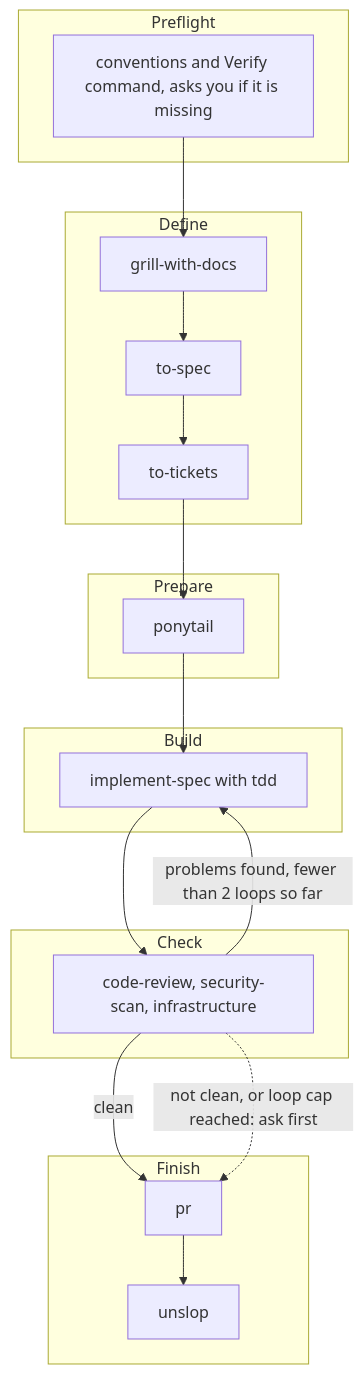
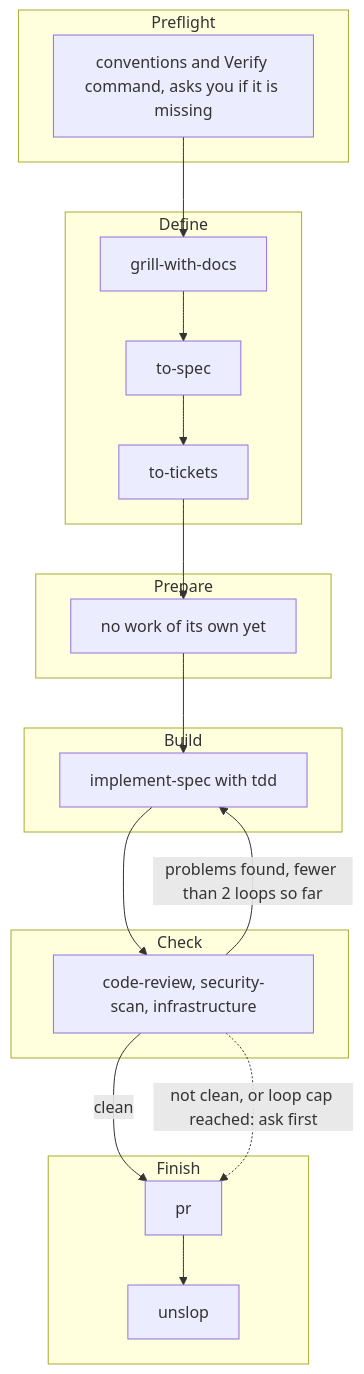
One commit to TDSchreur/tds-factory changed the diagram in README.md. Above: the diagram before and after it, drawn with Mermaid. The commit also changed other lines of this file and 14 other files, not shown here.

````diff
--- a/README.md
+++ b/README.md
@@ -11,27 +11,27 @@
 ```mermaid
 flowchart TB
     subgraph Preflight
         P[conventions and Verify command, asks you if it is missing]
     end
     subgraph Define
         A[grill-with-docs] --> B[to-spec] --> C[to-tickets]
     end
     subgraph Prepare
-        D[ponytail]
+        D[no work of its own yet]
     end
     subgraph Build
         E[implement-spec with tdd]
     end
     subgraph Check
         F[code-review, security-scan, infrastructure]
     end
     subgraph Finish
         G[pr] --> H[unslop]
     end
 
     P --> A
     C --> D --> E --> F
     F -->|problems found, fewer than 2 loops so far| E
     F -->|clean| G
     F -.->|not clean, or loop cap reached: ask first| G
 ```
````
